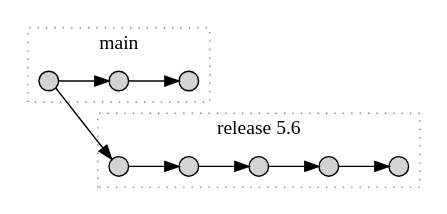
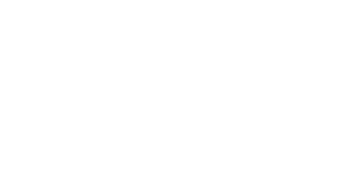
The second of 2 diagrams in sonarqube/src/docs/asciidoc/sonarqube-en.adoc (caring-coder/presentations), drawn with Graphviz before and after one commit. The commit also changed other lines of this file and 3 other files, not shown here.

```diff
--- a/sonarqube/src/docs/asciidoc/sonarqube-en.adoc
+++ b/sonarqube/src/docs/asciidoc/sonarqube-en.adoc
@@ -249,30 +245,22 @@
-[graphviz]
+[graphviz, g2, svg]
 ----
 digraph G {
     rankdir=LR;
-    node [shape=circle, style=filled, width=0.2, fixedsize=true, label=""]
-    
+    edge [color=white]
+    node [color=white shape=point width=0.2]
+    graph[color=white bgcolor=transparent fontcolor=white splines=ortho style=rounded]
+        
     subgraph cluster_0 {
         label = "main"
-        style=dotted
-        color=grey
-        m1
-        m2
-        m3
+        m4 [style=invis]
         m1 -> m2 -> m3
+        m3 -> m4 [style=dotted arrowhead=none]
+        m4 -> m5 [style=dotted]
     }
 
-    subgraph cluster_1 {
+    subgraph cluster_2 {
         label = "release 5.6"
-        style=dotted
-        color=grey
-        c1
-        c2
-        c3
-        c4
-        c5
-        m1 -> c1 -> c2 -> c3 -> c4 -> c5
+        m2 -> c1 -> c2 -> c3
     }
-
 }
 ----
```
